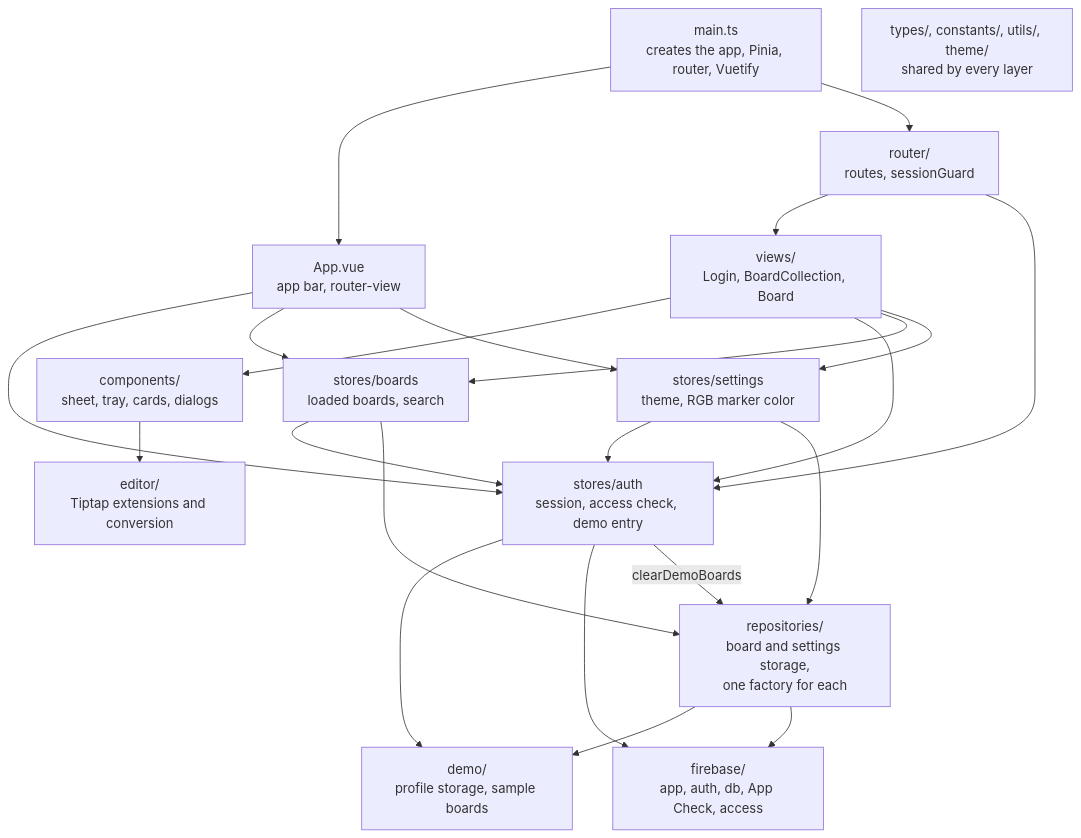
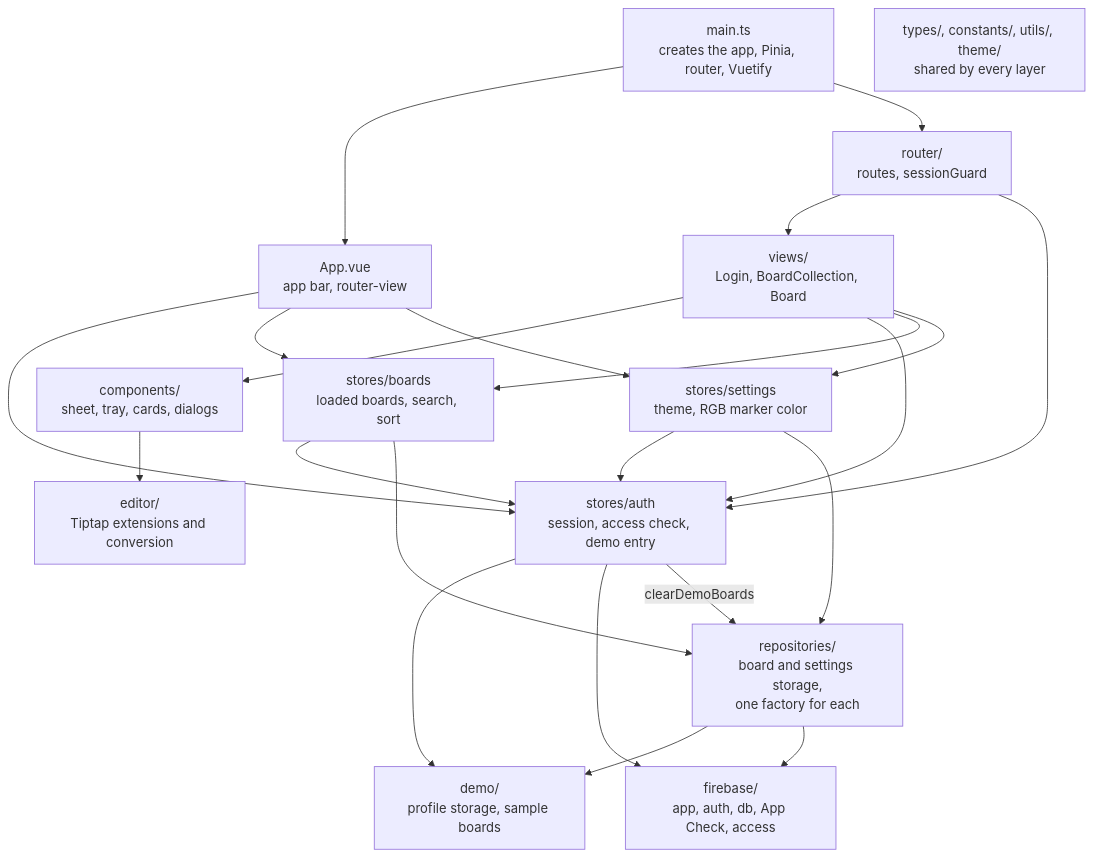
Before and after one commit to Valiance-Studios/vue-whiteboard-app: the second of 13 diagrams in ARCHITECTURE.md, drawn with Mermaid. The commit also changed other lines of this file and 9 other files, not shown here.

````diff
--- a/ARCHITECTURE.md
+++ b/ARCHITECTURE.md
@@ -82,38 +82,38 @@
 ```mermaid
 flowchart TD
     main["main.ts<br/>creates the app, Pinia, router, Vuetify"]
     app["App.vue<br/>app bar, router-view"]
     router["router/<br/>routes, sessionGuard"]
     views["views/<br/>Login, BoardCollection, Board"]
     components["components/<br/>sheet, tray, cards, dialogs"]
     editor["editor/<br/>Tiptap extensions and conversion"]
     authStore["stores/auth<br/>session, access check, demo entry"]
-    boardsStore["stores/boards<br/>loaded boards, search"]
+    boardsStore["stores/boards<br/>loaded boards, search, sort"]
     settingsStore["stores/settings<br/>theme, RGB marker color"]
     repos["repositories/<br/>board and settings storage,<br/>one factory for each"]
     demo["demo/<br/>profile storage, sample boards"]
     fb["firebase/<br/>app, auth, db, App Check, access"]
     shared["types/, constants/, utils/, theme/<br/>shared by every layer"]
 
     main --> app
     main --> router
     app --> authStore
     app --> boardsStore
     app --> settingsStore
     router --> views
     router --> authStore
     views --> components
     views --> authStore
     views --> boardsStore
     views --> settingsStore
     components --> editor
     boardsStore --> authStore
     boardsStore --> repos
     settingsStore --> authStore
     settingsStore --> repos
     authStore --> demo
     authStore --> fb
     authStore -- "clearDemoBoards" --> repos
     repos --> demo
     repos --> fb
 ```
````
